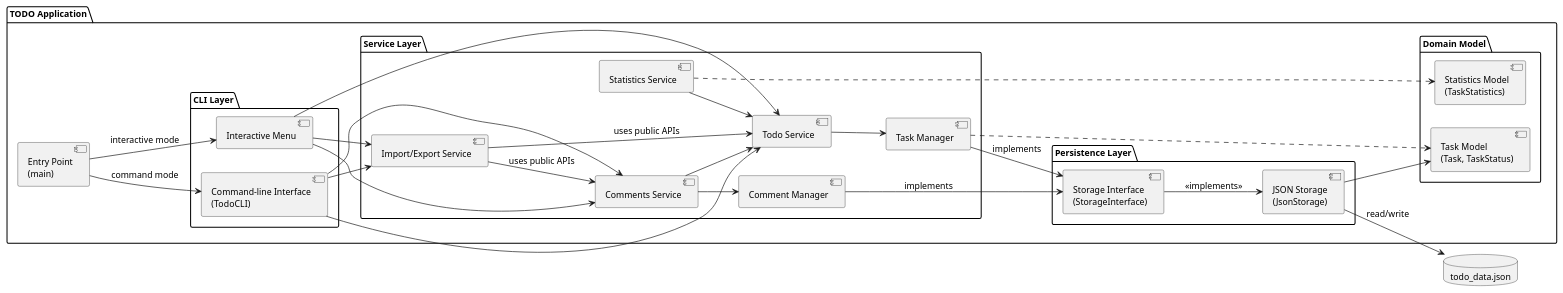
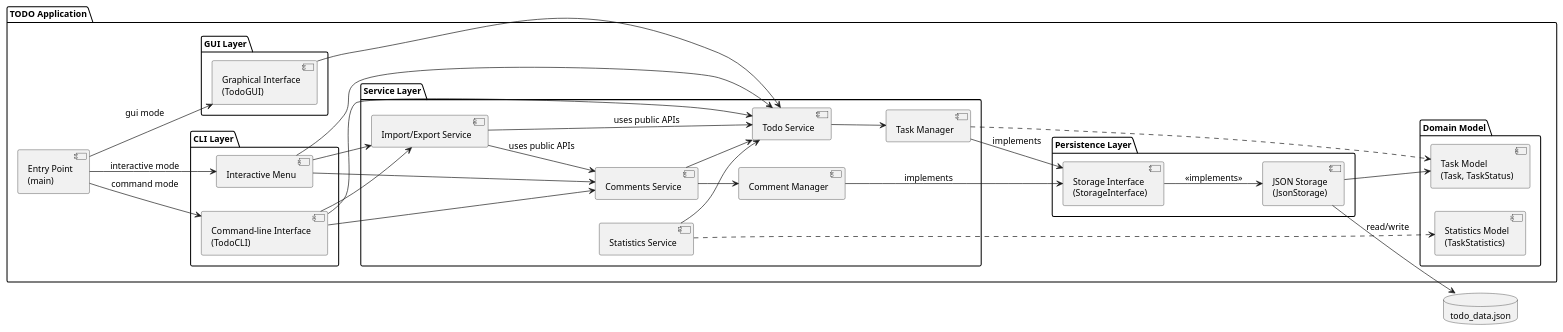
Before and after one commit to DanielRiha8906/Software_autoevolution_using_agents: the diagram in experiments/supervisor_as_tools/test_driven/TODO/artifacts/component_diagram.puml, drawn with PlantUML. The commit also changed 8 other files, not shown here.

First line of the commit message:
task 10 | implement tkinter-based TodoGUI

```diff
--- a/experiments/supervisor_as_tools/test_driven/TODO/artifacts/component_diagram.puml
+++ b/experiments/supervisor_as_tools/test_driven/TODO/artifacts/component_diagram.puml
@@ -1,64 +1,70 @@
 @startuml component_diagram
 
 skinparam componentStyle uml2
 skinparam defaultFontSize 13
 
 left to right direction
 
 package "TODO Application" {
 
     component "Entry Point\n(main)" as Main
 
     package "CLI Layer" {
         component "Interactive Menu" as IM
         component "Command-line Interface\n(TodoCLI)" as CLI
+    }
+
+    package "GUI Layer" {
+        component "Graphical Interface\n(TodoGUI)" as GUI
     }
 
     package "Service Layer" {
         component "Todo Service" as SVC
         component "Task Manager" as MGR
         component "Comments Service" as CSVC
         component "Comment Manager" as CMGR
         component "Statistics Service" as SSVC
         component "Import/Export Service" as IEXVC
     }
 
     package "Domain Model" {
         component "Task Model\n(Task, TaskStatus)" as Model
         component "Statistics Model\n(TaskStatistics)" as StatsModel
     }
 
     package "Persistence Layer" {
         component "Storage Interface\n(StorageInterface)" as StorageInterface
         component "JSON Storage\n(JsonStorage)" as Storage
     }
 }
 
 database "todo_data.json" as DB
 
 Main --> IM : interactive mode
 Main --> CLI : command mode
+Main --> GUI : gui mode
 
 IM --> SVC
 IM --> CSVC
 IM --> IEXVC
 CLI --> SVC
 CLI --> CSVC
 CLI --> IEXVC
+GUI --> SVC
 
 SVC --> MGR
 CSVC --> SVC
 CSVC --> CMGR
 SSVC --> SVC
 IEXVC --> SVC : uses public APIs
 IEXVC --> CSVC : uses public APIs
 MGR --> StorageInterface : implements
 CMGR --> StorageInterface : implements
 StorageInterface --> Storage : <<implements>>
 MGR ..> Model
 SSVC ..> StatsModel
 Storage --> Model
 
 Storage --> DB : read/write
 
 @enduml
```
